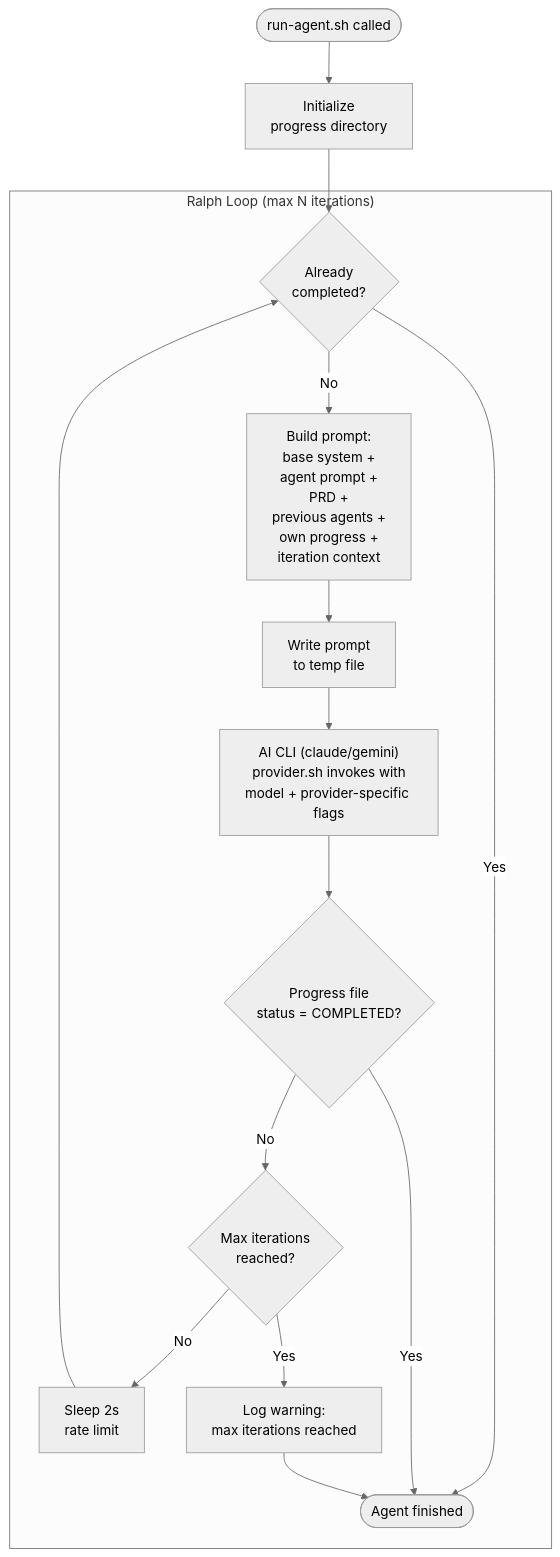
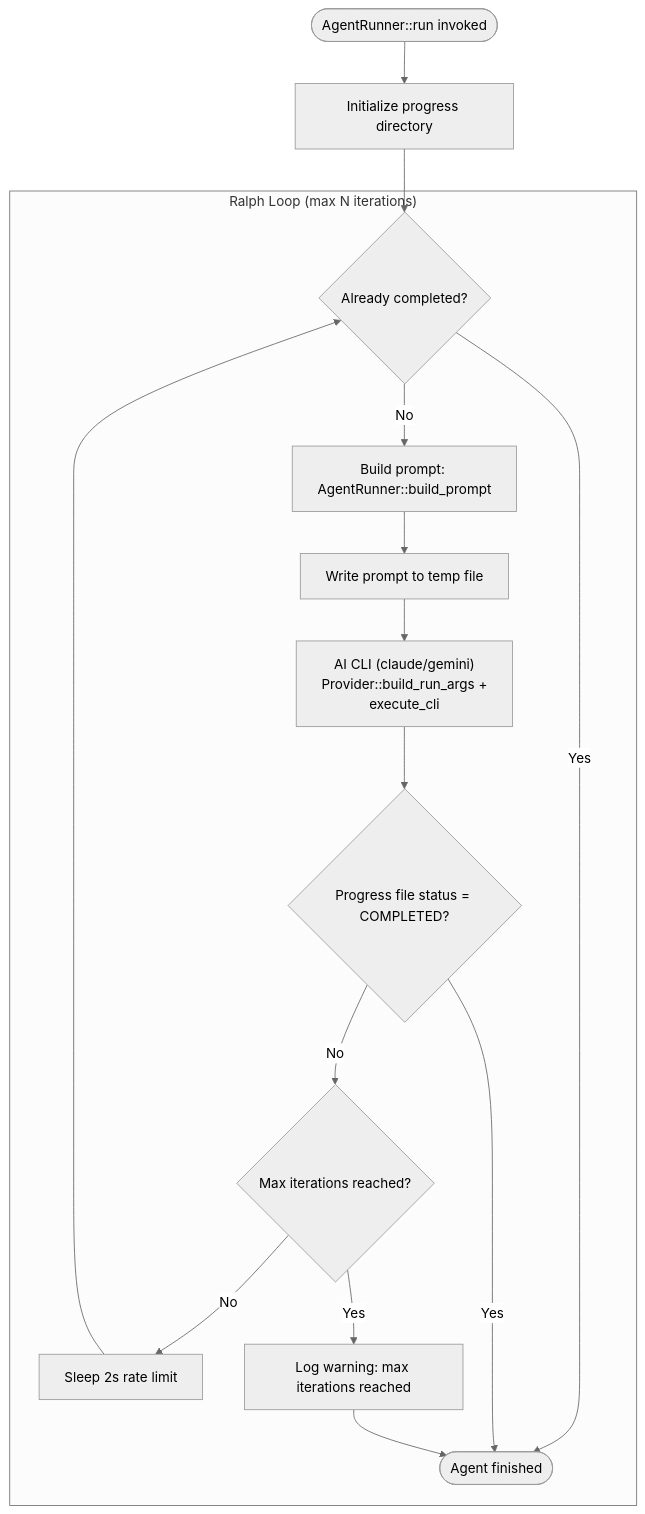
Before and after one commit to delehner/wisp: the first of 3 diagrams in docs/ralph-loop.md, drawn with Mermaid (neutral theme). The commit also changed other lines of this file and 53 other files, not shown here.

````diff
--- a/docs/ralph-loop.md
+++ b/docs/ralph-loop.md
@@ -7,20 +7,20 @@
 ```mermaid
 flowchart TD
-    Start([run-agent.sh called]) --> Init[Initialize\nprogress directory]
+    Start([AgentRunner::run invoked]) --> Init[Initialize progress directory]
     Init --> LoopStart
 
     subgraph Loop["Ralph Loop (max N iterations)"]
-        LoopStart{Already\ncompleted?} -->|Yes| Done
-        LoopStart -->|No| Build[Build prompt:\nbase system +\nagent prompt +\nPRD +\nprevious agents +\nown progress +\niteration context]
-        Build --> TempFile[Write prompt\nto temp file]
-        TempFile --> AI["AI CLI (claude/gemini)\nprovider.sh invokes with\nmodel + provider-specific flags"]
-        AI --> CheckStatus{Progress file\nstatus = COMPLETED?}
+        LoopStart{Already completed?} -->|Yes| Done
+        LoopStart -->|No| Build[Build prompt: AgentRunner::build_prompt]
+        Build --> TempFile[Write prompt to temp file]
+        TempFile --> AI["AI CLI (claude/gemini)\nProvider::build_run_args +\nexecute_cli"]
+        AI --> CheckStatus{Progress file status = COMPLETED?}
         CheckStatus -->|Yes| Done
-        CheckStatus -->|No| MaxCheck{Max iterations\nreached?}
-        MaxCheck -->|No| Sleep[Sleep 2s\nrate limit] --> LoopStart
-        MaxCheck -->|Yes| Warn[Log warning:\nmax iterations reached]
+        CheckStatus -->|No| MaxCheck{Max iterations reached?}
+        MaxCheck -->|No| Sleep[Sleep 2s rate limit] --> LoopStart
+        MaxCheck -->|Yes| Warn[Log warning: max iterations reached]
     end
 
     Done([Agent finished])
     Warn --> Done
 ```
````
